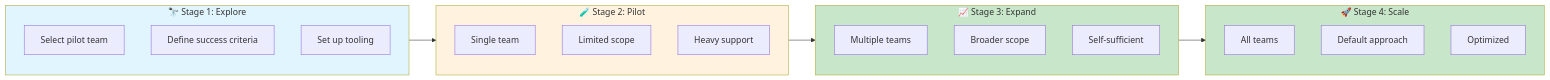
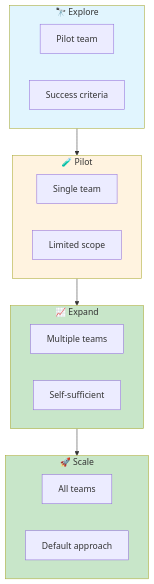
The first of 7 diagrams in website/content/papers/ai-dlc-2026/runbooks/adoption/incremental-adoption.md (TheBushidoCollective/han), drawn with Mermaid before and after one commit. The commit also changed 21 other files, not shown here.

First line of the commit message:
fix(website): convert all AI-DLC runbook Mermaid diagrams to TB layout

````diff
--- a/website/content/papers/ai-dlc-2026/runbooks/adoption/incremental-adoption.md
+++ b/website/content/papers/ai-dlc-2026/runbooks/adoption/incremental-adoption.md
@@ -9,37 +9,33 @@
 ```mermaid
-flowchart LR
-    subgraph Stage1["🔭 Stage 1: Explore"]
-        direction TB
-        S1A[Select pilot team]
-        S1B[Define success criteria]
-        S1C[Set up tooling]
+flowchart TB
+    subgraph Stage1["🔭 Explore"]
+        S1A[Pilot team]
+        S1B[Success criteria]
     end
 
-    subgraph Stage2["🧪 Stage 2: Pilot"]
-        direction TB
+    Stage1 --> Stage2
+
+    subgraph Stage2["🧪 Pilot"]
         S2A[Single team]
         S2B[Limited scope]
-        S2C[Heavy support]
     end
 
-    subgraph Stage3["📈 Stage 3: Expand"]
-        direction TB
+    Stage2 --> Stage3
+
+    subgraph Stage3["📈 Expand"]
         S3A[Multiple teams]
-        S3B[Broader scope]
-        S3C[Self-sufficient]
+        S3B[Self-sufficient]
     end
 
-    subgraph Stage4["🚀 Stage 4: Scale"]
-        direction TB
+    Stage3 --> Stage4
+
+    subgraph Stage4["🚀 Scale"]
         S4A[All teams]
         S4B[Default approach]
-        S4C[Optimized]
     end
-
-    Stage1 --> Stage2 --> Stage3 --> Stage4
 
     style Stage1 fill:#e1f5fe
     style Stage2 fill:#fff3e0
     style Stage3 fill:#c8e6c9
     style Stage4 fill:#c8e6c9
 ```
````
